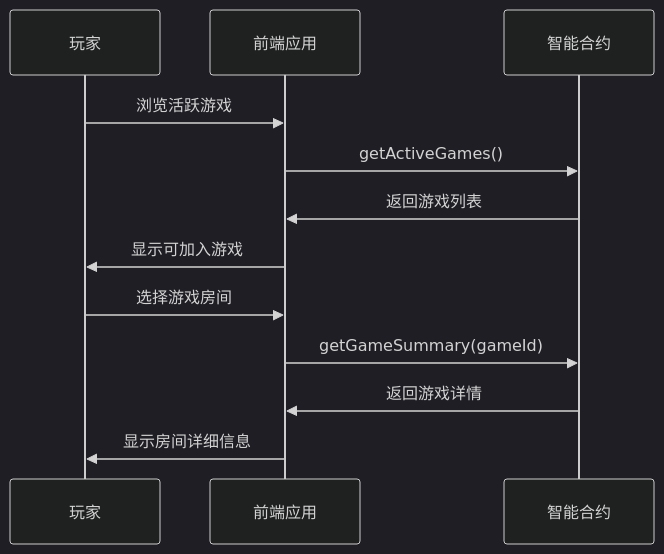
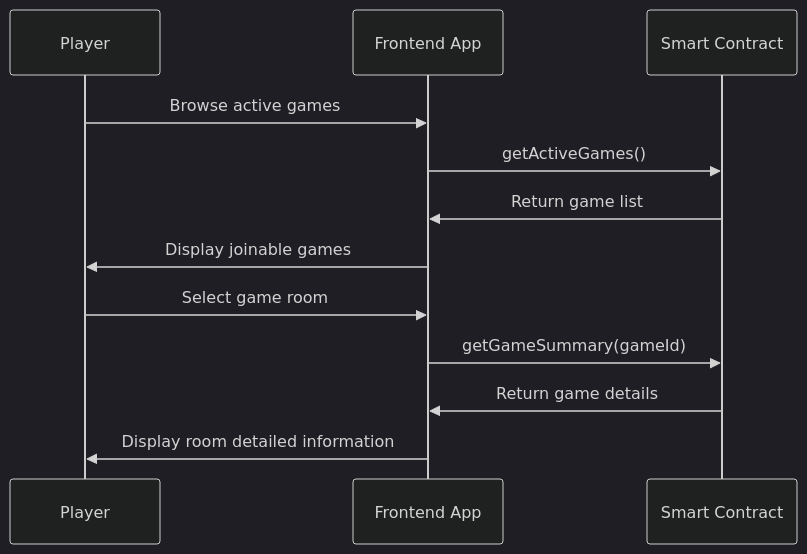
One commit to huaigu/number-verse-arena changed the second of 6 diagrams in docs/GAME_FLOW.md. Above: the diagram before and after it, drawn with Mermaid (dark theme). The commit also changed other lines of this file and 6 other files, not shown here.

````diff
--- a/docs/GAME_FLOW.md
+++ b/docs/GAME_FLOW.md
@@ -69,15 +69,15 @@
 ```mermaid
 sequenceDiagram
-    participant Player as 玩家
-    participant Frontend as 前端应用
-    participant Contract as 智能合约
+    participant Player as Player
+    participant Frontend as Frontend App
+    participant Contract as Smart Contract
 
-    Player->>Frontend: 浏览活跃游戏
+    Player->>Frontend: Browse active games
     Frontend->>Contract: getActiveGames()
-    Contract->>Frontend: 返回游戏列表
-    Frontend->>Player: 显示可加入游戏
-    Player->>Frontend: 选择游戏房间
+    Contract->>Frontend: Return game list
+    Frontend->>Player: Display joinable games
+    Player->>Frontend: Select game room
     Frontend->>Contract: getGameSummary(gameId)
-    Contract->>Frontend: 返回游戏详情
-    Frontend->>Player: 显示房间详细信息
+    Contract->>Frontend: Return game details
+    Frontend->>Player: Display room detailed information
 ```
````
